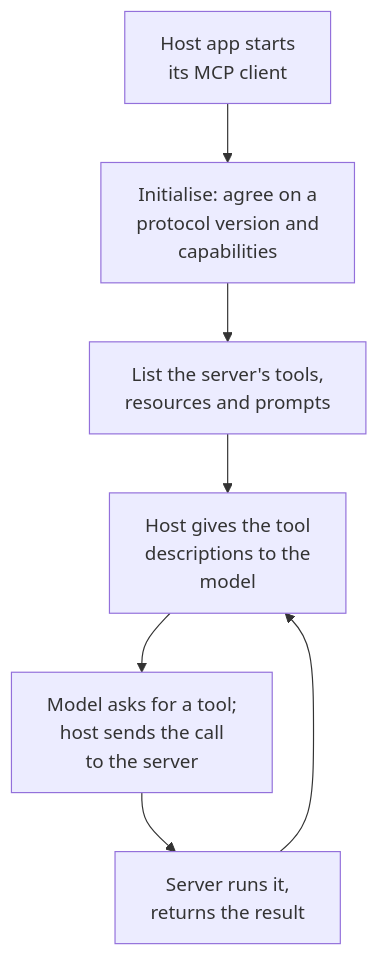
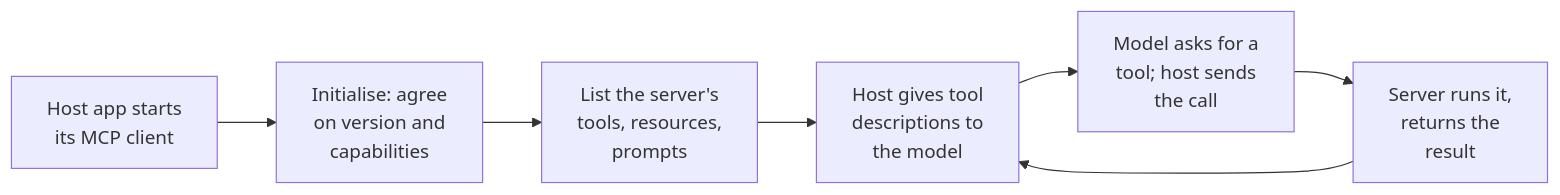
One commit to shubamchaudhary/CodeNITW changed diagram 11 of 12 in src/Data/aiStackDocs/CH-12.md. Above: the diagram before and after it, drawn with Mermaid. The commit also changed other lines of this file and 29 other files, not shown here.

````diff
--- a/src/Data/aiStackDocs/CH-12.md
+++ b/src/Data/aiStackDocs/CH-12.md
@@ -197,9 +201,9 @@
 ```mermaid
-flowchart TB
-    H["Host app starts<br/>its MCP client"] --> I["Initialise: agree on a<br/>protocol version and<br/>capabilities"]
-    I --> L["List the server's tools,<br/>resources and prompts"]
-    L --> M["Host gives the tool<br/>descriptions to the<br/>model"]
-    M --> C["Model asks for a tool;<br/>host sends the call<br/>to the server"]
-    C --> R["Server runs it,<br/>returns the result"]
+flowchart LR
+    H["Host app starts<br/>its MCP client"] --> I["Initialise: agree<br/>on version and<br/>capabilities"]
+    I --> L["List the server's<br/>tools, resources,<br/>prompts"]
+    L --> M["Host gives tool<br/>descriptions to<br/>the model"]
+    M --> C["Model asks for a<br/>tool; host sends<br/>the call"]
+    C --> R["Server runs it,<br/>returns the<br/>result"]
     R --> M
 ```
````
